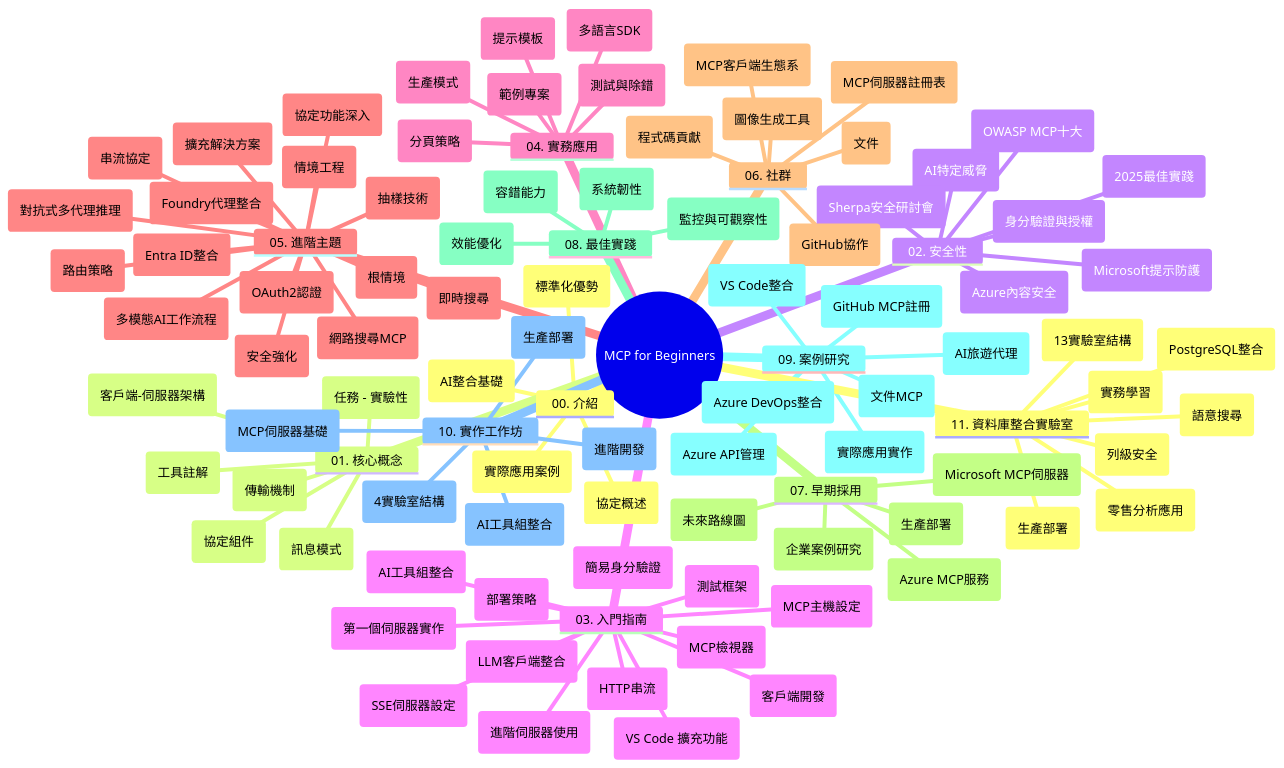
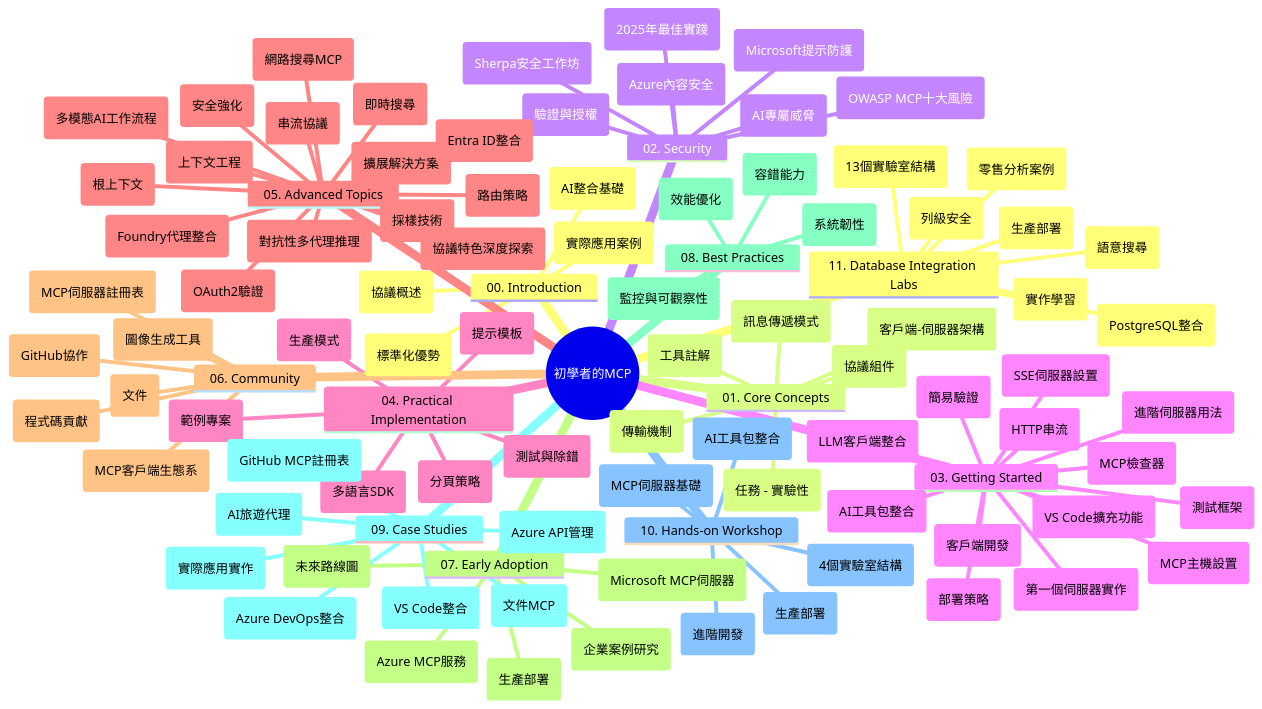
One commit to HIDORAKAI002/ai-workspace-archive changed the diagram in mcp_ecosystem__model_context_protocol/mcp_learning_resources/mcp-for-beginners/translations/zh-TW/study_guide.md. Above: the diagram before and after it, drawn with Mermaid. The commit also changed other lines of this file and 1539 other files, not shown here.

Commit message:
chore(sync): Update microsoft/mcp-for-beginners

````diff
--- a/mcp_ecosystem__model_context_protocol/mcp_learning_resources/mcp-for-beginners/translations/zh-TW/study_guide.md
+++ b/mcp_ecosystem__model_context_protocol/mcp_learning_resources/mcp-for-beginners/translations/zh-TW/study_guide.md
@@ -11,45 +11,45 @@
 ```mermaid
 mindmap
-  root((MCP for Beginners))
-    00. 介紹
+  root((初學者的MCP))
+    00. Introduction
       ::icon(fa fa-book)
-      (協定概述)
+      (協議概述)
       (標準化優勢)
       (實際應用案例)
       (AI整合基礎)
-    01. 核心概念
+    01. Core Concepts
       ::icon(fa fa-puzzle-piece)
       (客戶端-伺服器架構)
-      (協定組件)
-      (訊息模式)
+      (協議組件)
+      (訊息傳遞模式)
       (傳輸機制)
       (任務 - 實驗性)
       (工具註解)
-    02. 安全性
+    02. Security
       ::icon(fa fa-shield)
-      (AI特定威脅)
-      (2025最佳實踐)
+      (AI專屬威脅)
+      (2025年最佳實踐)
       (Azure內容安全)
-      (身分驗證與授權)
+      (驗證與授權)
       (Microsoft提示防護)
-      (OWASP MCP十大)
-      (Sherpa安全研討會)
-    03. 入門指南
+      (OWASP MCP十大風險)
+      (Sherpa安全工作坊)
+    03. Getting Started
       ::icon(fa fa-rocket)
       (第一個伺服器實作)
       (客戶端開發)
       (LLM客戶端整合)
-      (VS Code 擴充功能)
-      (SSE伺服器設定)
+      (VS Code擴充功能)
+      (SSE伺服器設置)
       (HTTP串流)
-      (AI工具組整合)
+      (AI工具包整合)
       (測試框架)
-      (進階伺服器使用)
-      (簡易身分驗證)
+      (進階伺服器用法)
+      (簡易驗證)
       (部署策略)
-      (MCP主機設定)
-      (MCP檢視器)
-    04. 實務應用
+      (MCP主機設置)
+      (MCP檢查器)
+    04. Practical Implementation
       ::icon(fa fa-code)
       (多語言SDK)
       (測試與除錯)
@@ -57,25 +57,25 @@
       (範例專案)
       (生產模式)
       (分頁策略)
-    05. 進階主題
+    05. Advanced Topics
       ::icon(fa fa-graduation-cap)
-      (情境工程)
+      (上下文工程)
       (Foundry代理整合)
       (多模態AI工作流程)
-      (OAuth2認證)
+      (OAuth2驗證)
       (即時搜尋)
-      (串流協定)
-      (根情境)
+      (串流協議)
+      (根上下文)
       (路由策略)
-      (抽樣技術)
-      (擴充解決方案)
+      (採樣技術)
+      (擴展解決方案)
       (安全強化)
       (Entra ID整合)
       (網路搜尋MCP)
-      (協定功能深入)
-      (對抗式多代理推理)
+      (協議特色深度探索)
+      (對抗性多代理推理)
       
-    06. 社群
+    06. Community
       ::icon(fa fa-users)
       (程式碼貢獻)
       (文件)
@@ -83,42 +83,42 @@
       (MCP伺服器註冊表)
       (圖像生成工具)
       (GitHub協作)
-    07. 早期採用
+    07. Early Adoption
       ::icon(fa fa-lightbulb)
       (生產部署)
       (Microsoft MCP伺服器)
       (Azure MCP服務)
       (企業案例研究)
       (未來路線圖)
-    08. 最佳實踐
+    08. Best Practices
       ::icon(fa fa-check)
       (效能優化)
       (容錯能力)
       (系統韌性)
       (監控與可觀察性)
-    09. 案例研究
+    09. Case Studies
       ::icon(fa fa-file-text)
       (Azure API管理)
       (AI旅遊代理)
       (Azure DevOps整合)
       (文件MCP)
-      (GitHub MCP註冊)
+      (GitHub MCP註冊表)
       (VS Code整合)
       (實際應用實作)
-    10. 實作工作坊
+    10. Hands-on Workshop
       ::icon(fa fa-laptop)
       (MCP伺服器基礎)
       (進階開發)
-      (AI工具組整合)
+      (AI工具包整合)
       (生產部署)
-      (4實驗室結構)
-    11. 資料庫整合實驗室
+      (4個實驗室結構)
+    11. Database Integration Labs
       ::icon(fa fa-database)
       (PostgreSQL整合)
-      (零售分析應用)
+      (零售分析案例)
       (列級安全)
       (語意搜尋)
       (生產部署)
-      (13實驗室結構)
-      (實務學習)
+      (13個實驗室結構)
+      (實作學習)
 ```
````
